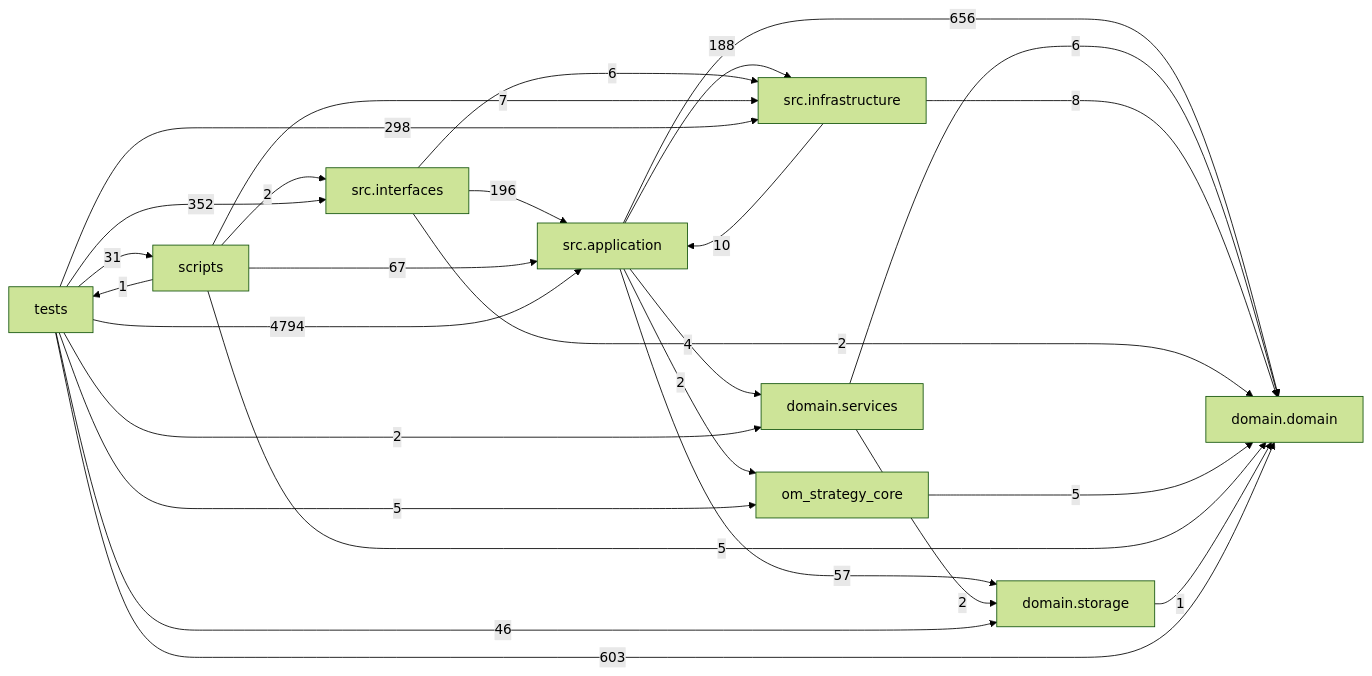
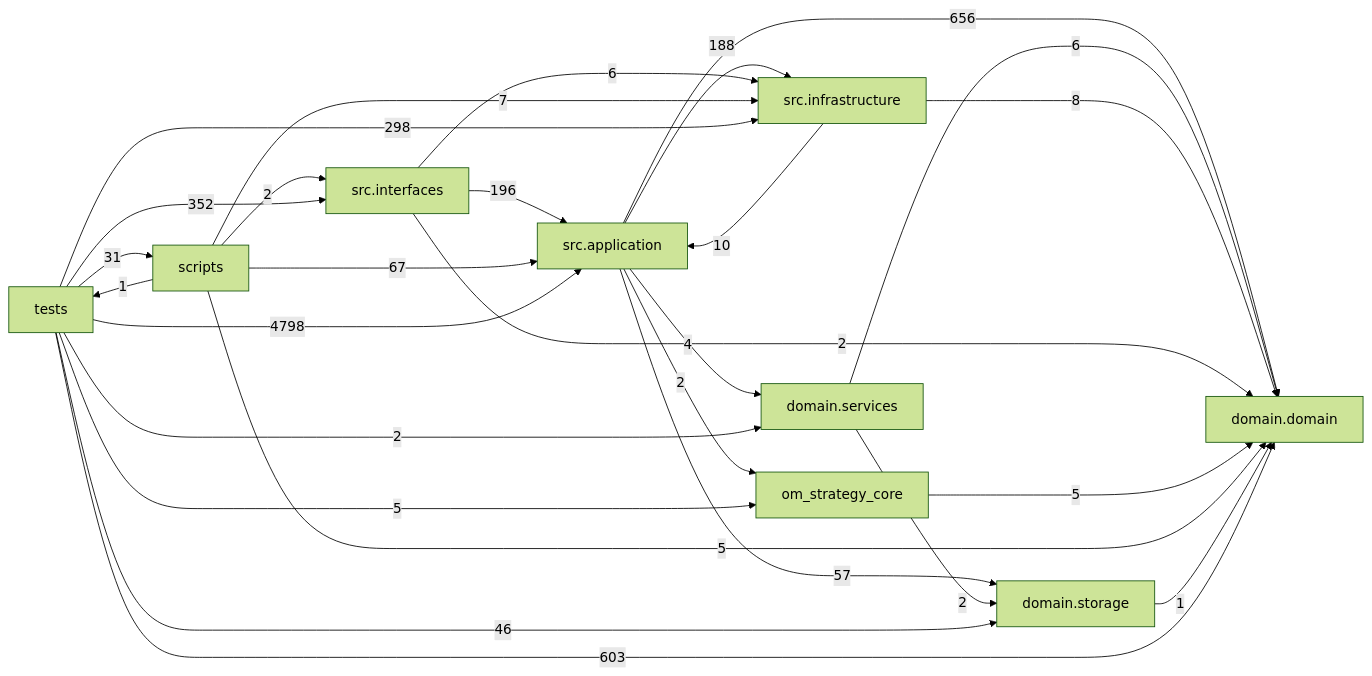
Before and after one commit to liuxie066/options-monitor: the diagram in docs/DEPENDENCY_GRAPH.md, drawn with Mermaid (forest theme). The commit also changed other lines of this file and 8 other files, not shown here.

````diff
--- a/docs/DEPENDENCY_GRAPH.md
+++ b/docs/DEPENDENCY_GRAPH.md
@@ -24,38 +24,38 @@
 ```mermaid
 flowchart LR
   tests["tests"]
   scripts["scripts"]
   interfaces["src.interfaces"]
   application["src.application"]
   infrastructure["src.infrastructure"]
   domain_services["domain.services"]
   domain["domain.domain"]
   storage["domain.storage"]
   application -->|656| domain
   application -->|4| domain_services
   application -->|188| infrastructure
   application -->|2| om_strategy_core
   application -->|57| storage
   domain_services -->|6| domain
   domain_services -->|2| storage
   infrastructure -->|10| application
   infrastructure -->|8| domain
   interfaces -->|196| application
   interfaces -->|2| domain
   interfaces -->|6| infrastructure
   om_strategy_core -->|5| domain
   scripts -->|67| application
   scripts -->|5| domain
   scripts -->|7| infrastructure
   scripts -->|2| interfaces
   scripts -->|1| tests
   storage -->|1| domain
-  tests -->|4794| application
+  tests -->|4798| application
   tests -->|603| domain
   tests -->|2| domain_services
   tests -->|298| infrastructure
   tests -->|352| interfaces
   tests -->|5| om_strategy_core
   tests -->|31| scripts
   tests -->|46| storage
 ```
````
